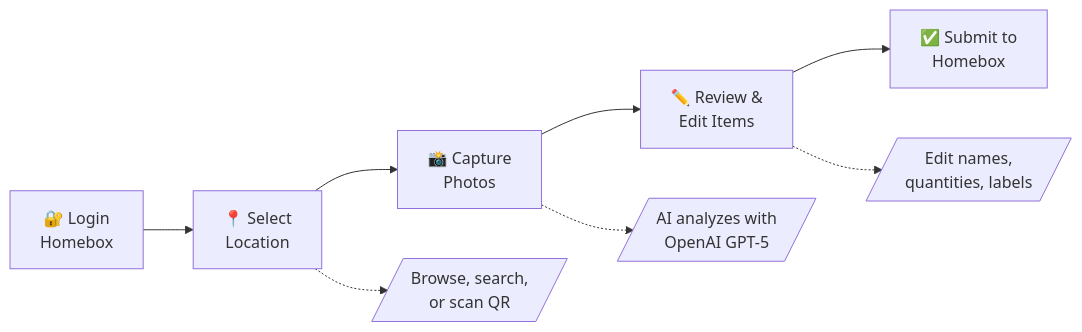
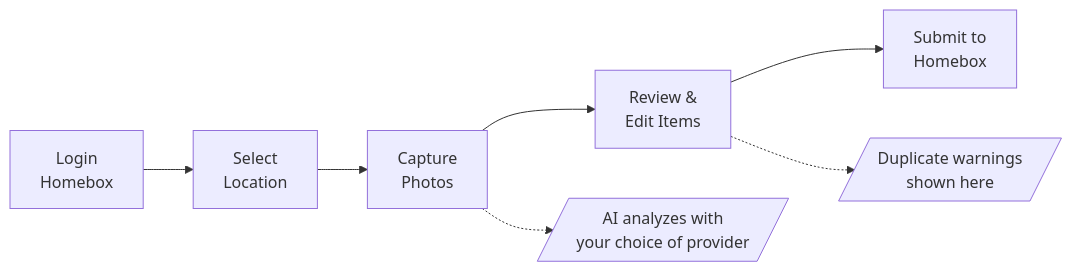
One commit to Duelion/homebox-companion changed the diagram in README.md. Above: the diagram before and after it, drawn with Mermaid. The commit also changed other lines of this file, not shown here.

````diff
--- a/README.md
+++ b/README.md
@@ -34,12 +108,10 @@
 ```mermaid
 flowchart LR
-    A[🔐 Login<br/>Homebox] --> B[📍 Select<br/>Location]
-    B --> C[📸 Capture<br/>Photos]
-    C --> D[✏️ Review &<br/>Edit Items]
-    D --> E[✅ Submit to<br/>Homebox]
-    
-    B -.-> B1[/Browse, search,<br/>or scan QR/]
-    C -.-> C1[/AI analyzes with<br/>OpenAI GPT-5/]
-    D -.-> D1[/Edit names,<br/>quantities, labels/]
-    
+    A[Login<br/>Homebox] --> B[Select<br/>Location]
+    B --> C[Capture<br/>Photos]
+    C --> D[Review &<br/>Edit Items]
+    D --> E[Submit to<br/>Homebox]
+
+    C -.-> C1[/AI analyzes with<br/>your choice of provider/]
+    D -.-> D1[/Duplicate warnings<br/>shown here/]
 ```
````
